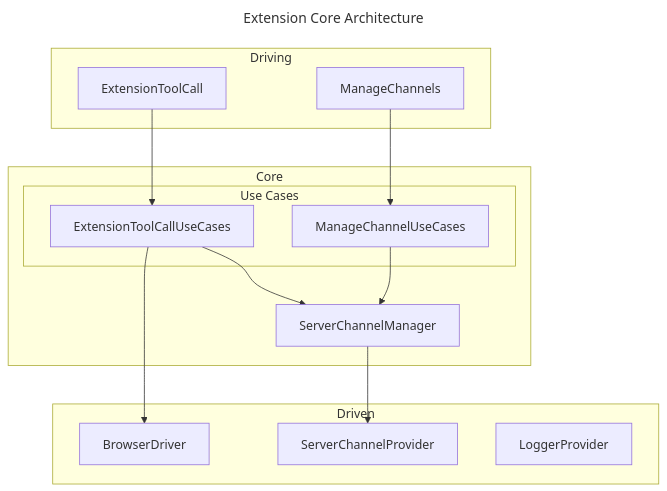
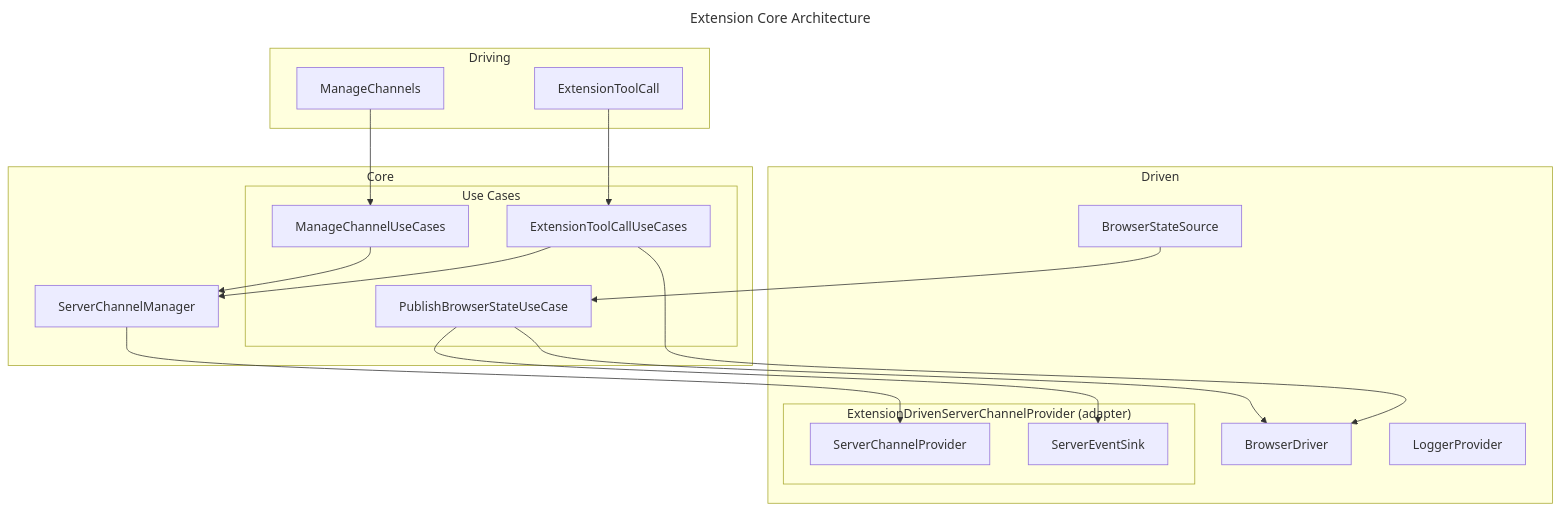
The fourth of 5 diagrams in docs/architecture.md (ndthanhdev/mcp-browser-kit), drawn with Mermaid before and after one commit. The commit also changed other lines of this file and 46 other files, not shown here.

Commit message:
feat: add browser event handling and resource management

````diff
--- a/docs/architecture.md
+++ b/docs/architecture.md
@@ -108,31 +113,40 @@
 ```mermaid
 ---
 title: Extension Core Architecture
 ---
 flowchart TD
   subgraph Driving["Driving"]
     ExtensionToolCall
     ManageChannels
   end
   subgraph ExtensionCore["Core"]
     subgraph UseCases["Use Cases"]
       ExtensionToolCallUseCases
       ManageChannelUseCases
+      PublishBrowserStateUseCase
     end
     ServerChannelManager
   end
   subgraph Driven["Driven"]
     BrowserDriver
-    ServerChannelProvider
+    BrowserStateSource
+    subgraph ExtensionDrivenServerChannelProvider["ExtensionDrivenServerChannelProvider (adapter)"]
+      ServerChannelProvider
+      ServerEventSink
+    end
     LoggerProvider
   end
 
   %% From Driving
   ExtensionToolCall --> ExtensionToolCallUseCases
   ManageChannels --> ManageChannelUseCases
   %% From Core
   ExtensionToolCallUseCases --> BrowserDriver
   ExtensionToolCallUseCases --> ServerChannelManager
   ManageChannelUseCases --> ServerChannelManager
   ServerChannelManager --> ServerChannelProvider
+  %% Observability
+  BrowserStateSource --> PublishBrowserStateUseCase
+  PublishBrowserStateUseCase --> BrowserDriver
+  PublishBrowserStateUseCase --> ServerEventSink
 ```
````
